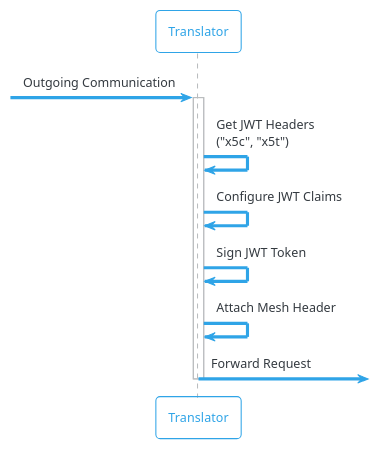
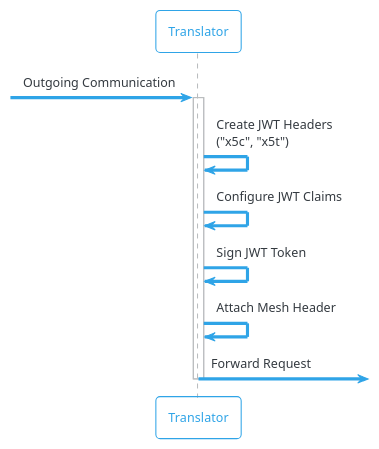
The diagram in diagrams/04_package_create_jwt.puml (buehler/mse-project-thesis-2), drawn with PlantUML before and after one commit. The commit also changed 11 other files, not shown here.

```diff
--- a/diagrams/04_package_create_jwt.puml
+++ b/diagrams/04_package_create_jwt.puml
@@ -1,17 +1,17 @@
 @startuml
 !theme cerulean-outline
 
 participant "Translator" as t
 
 [-> t : Outgoing Communication
 activate t
 
-    t -> t : Get JWT Headers\n("x5c", "x5t")
+    t -> t : Create JWT Headers\n("x5c", "x5t")
     t -> t : Configure JWT Claims
     t -> t : Sign JWT Token
     t -> t : Attach Mesh Header
 
 t ->] : Forward Request
 deactivate t
 
 @enduml
```
